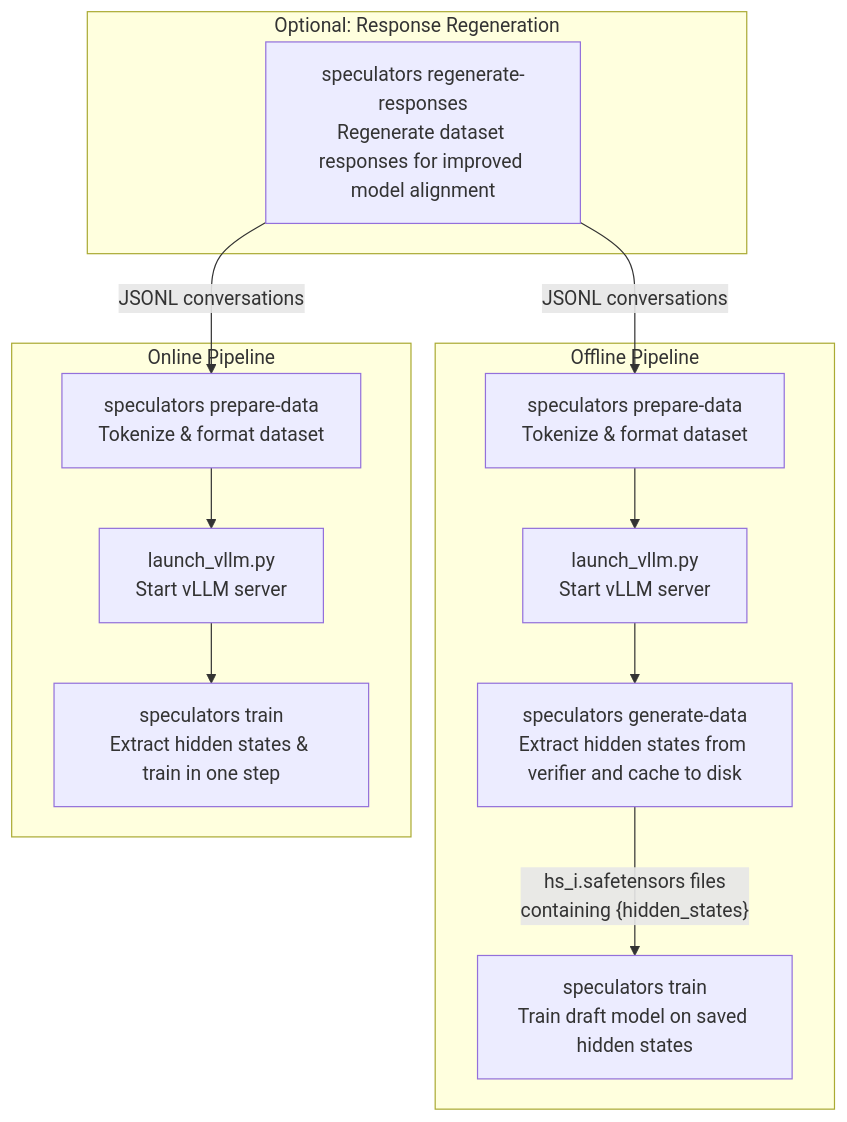
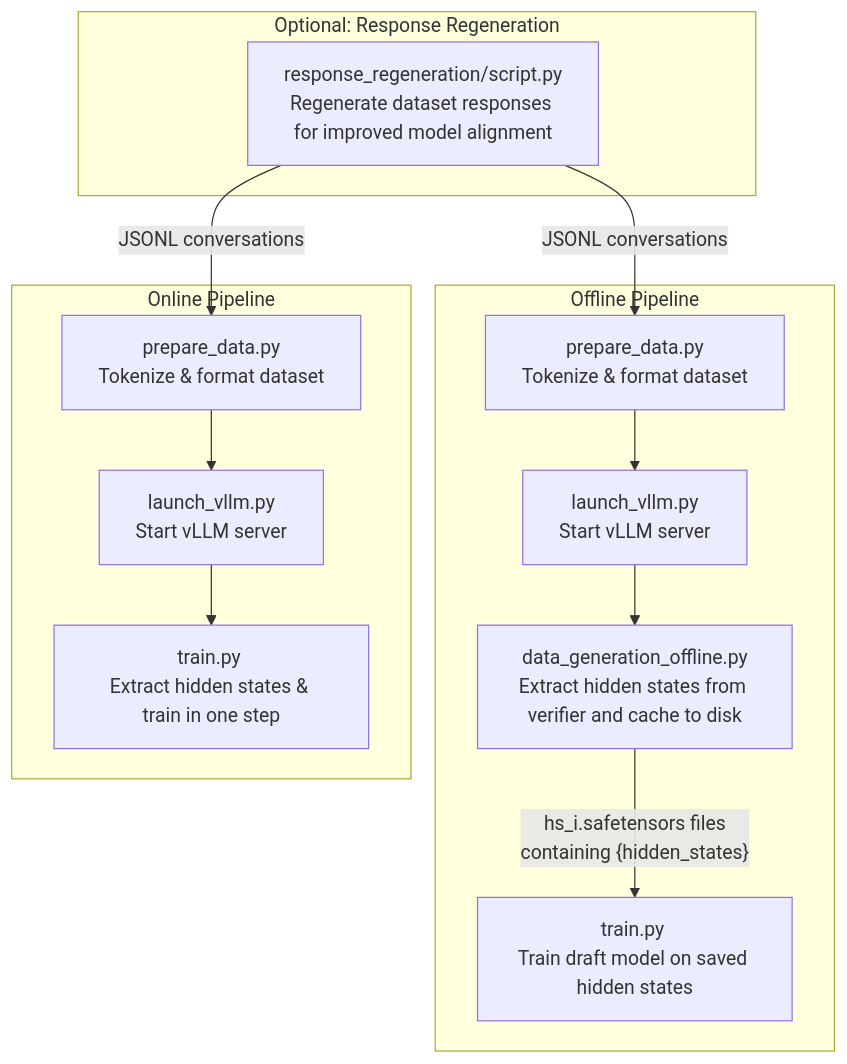
One commit to vllm-project/speculators changed the diagram in docs/cli/index.md. Above: the diagram before and after it, drawn with Mermaid. The commit also changed other lines of this file and 2 other files, not shown here.

First line of the commit message:
fix(cli): remove cross-contaminated doc changes from train PR

````diff
--- a/docs/cli/index.md
+++ b/docs/cli/index.md
@@ -23,33 +21,33 @@
 ```mermaid
 flowchart TD
     subgraph optional ["Optional: Response Regeneration"]
-        A["speculators regenerate-responses\nRegenerate dataset responses for improved model alignment"]
+        A["response_regeneration/script.py\nRegenerate dataset responses for improved model alignment"]
     end
 
     subgraph offline ["Offline Pipeline"]
-        B["speculators prepare-data\nTokenize & format dataset"]
+        B["prepare_data.py\nTokenize & format dataset"]
         C["launch_vllm.py\nStart vLLM server"]
-        D["speculators generate-data\nExtract hidden states from verifier and cache to disk"]
-        E["speculators train\nTrain draft model on saved hidden states"]
+        D["data_generation_offline.py\nExtract hidden states from verifier and cache to disk"]
+        E["train.py \nTrain draft model on saved hidden states"]
     end
 
     subgraph online ["Online Pipeline"]
-        F["speculators prepare-data\nTokenize & format dataset"]
+        F["prepare_data.py\nTokenize & format dataset"]
         G["launch_vllm.py\nStart vLLM server"]
-        H["speculators train\nExtract hidden states & train in one step"]
+        H["train.py \nExtract hidden states & train in one step"]
     end
 
     A -- "JSONL conversations" --> B
     A -- "JSONL conversations" --> F
     B --> C --> D -- "hs_i.safetensors files\ncontaining {hidden_states}" --> E
     F --> G --> H
 
     click B "prepare_data/" _self
     click F "prepare_data/" _self
     click C "launch_vllm/" _self
     click G "launch_vllm/" _self
     click D "data_generation_offline/" _self
     click E "train/" _self
     click A "response_regeneration/" _self
     click H "train/" _self
 ```
````
